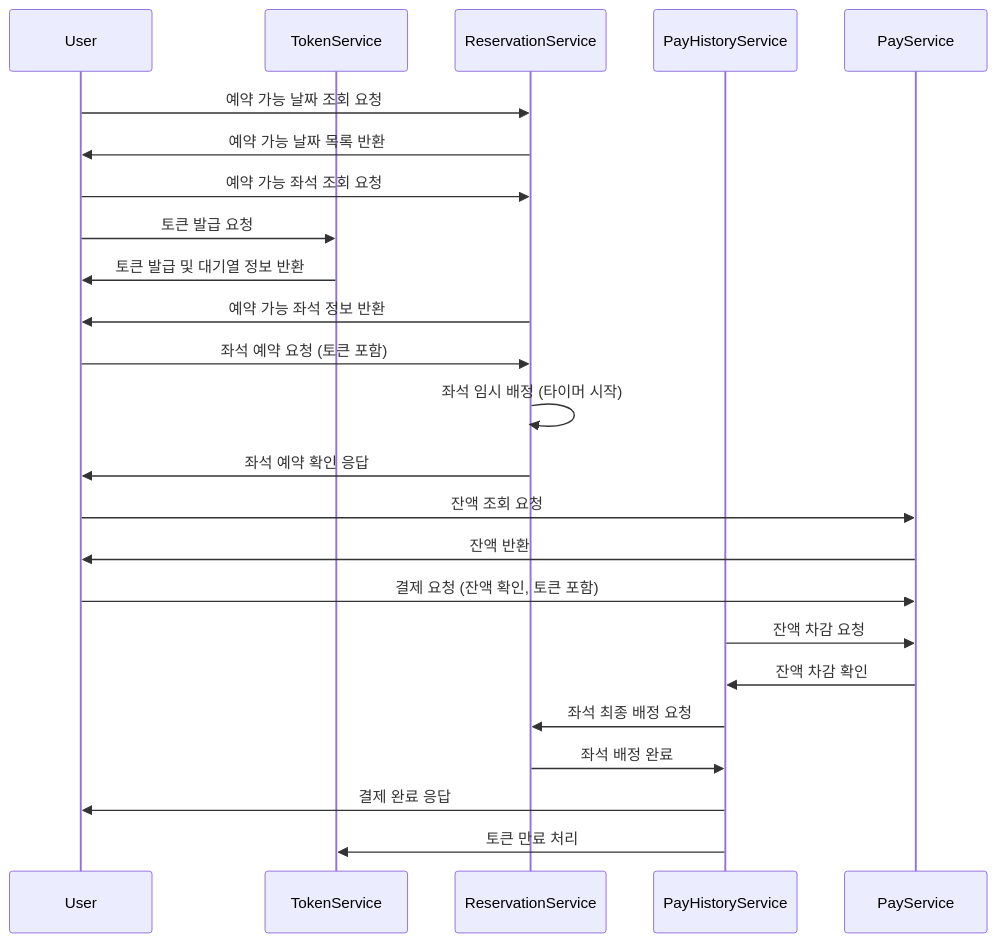
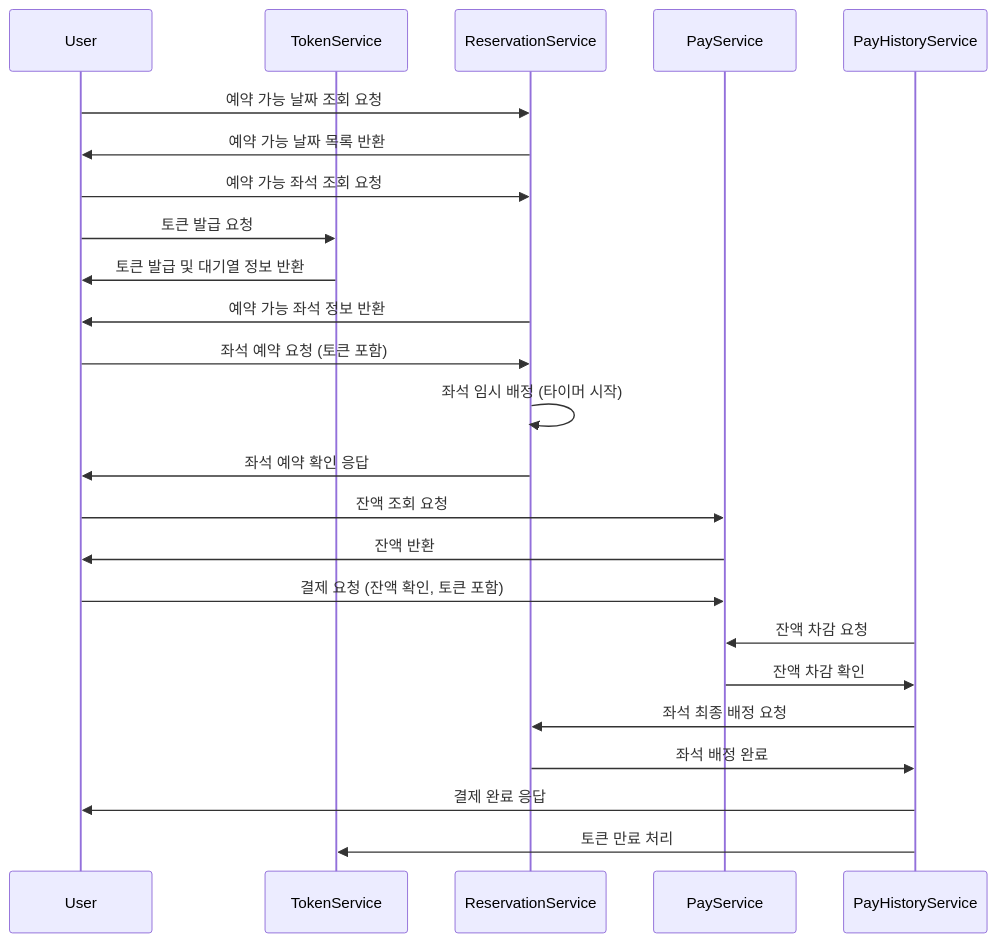
One commit to fatallinverno/hhplus-concert-reservation changed the first of 3 diagrams in README.md. Above: the diagram before and after it, drawn with Mermaid. The commit also changed other lines of this file, not shown here.

````diff
--- a/README.md
+++ b/README.md
@@ -2,32 +2,32 @@
 ```mermaid
 sequenceDiagram
     participant User
     participant TokenService
     participant ReservationService
+    participant PayService
     participant PayHistoryService
-    participant PayService
 
     User ->> ReservationService: 예약 가능 날짜 조회 요청
     ReservationService ->> User: 예약 가능 날짜 목록 반환
     
     User ->> ReservationService: 예약 가능 좌석 조회 요청
     User ->> TokenService: 토큰 발급 요청
     TokenService ->> User: 토큰 발급 및 대기열 정보 반환
     ReservationService ->> User: 예약 가능 좌석 정보 반환
 
     User ->> ReservationService: 좌석 예약 요청 (토큰 포함)
     
     ReservationService ->> ReservationService: 좌석 임시 배정 (타이머 시작)
     ReservationService ->> User: 좌석 예약 확인 응답
 
     User ->> PayService: 잔액 조회 요청
     PayService ->> User: 잔액 반환
 
     User ->> PayService: 결제 요청 (잔액 확인, 토큰 포함)
     PayHistoryService ->> PayService: 잔액 차감 요청
     PayService ->> PayHistoryService: 잔액 차감 확인
     PayHistoryService ->> ReservationService: 좌석 최종 배정 요청
     ReservationService ->> PayHistoryService: 좌석 배정 완료
     PayHistoryService ->> User: 결제 완료 응답
     PayHistoryService ->> TokenService: 토큰 만료 처리
 ```
````
